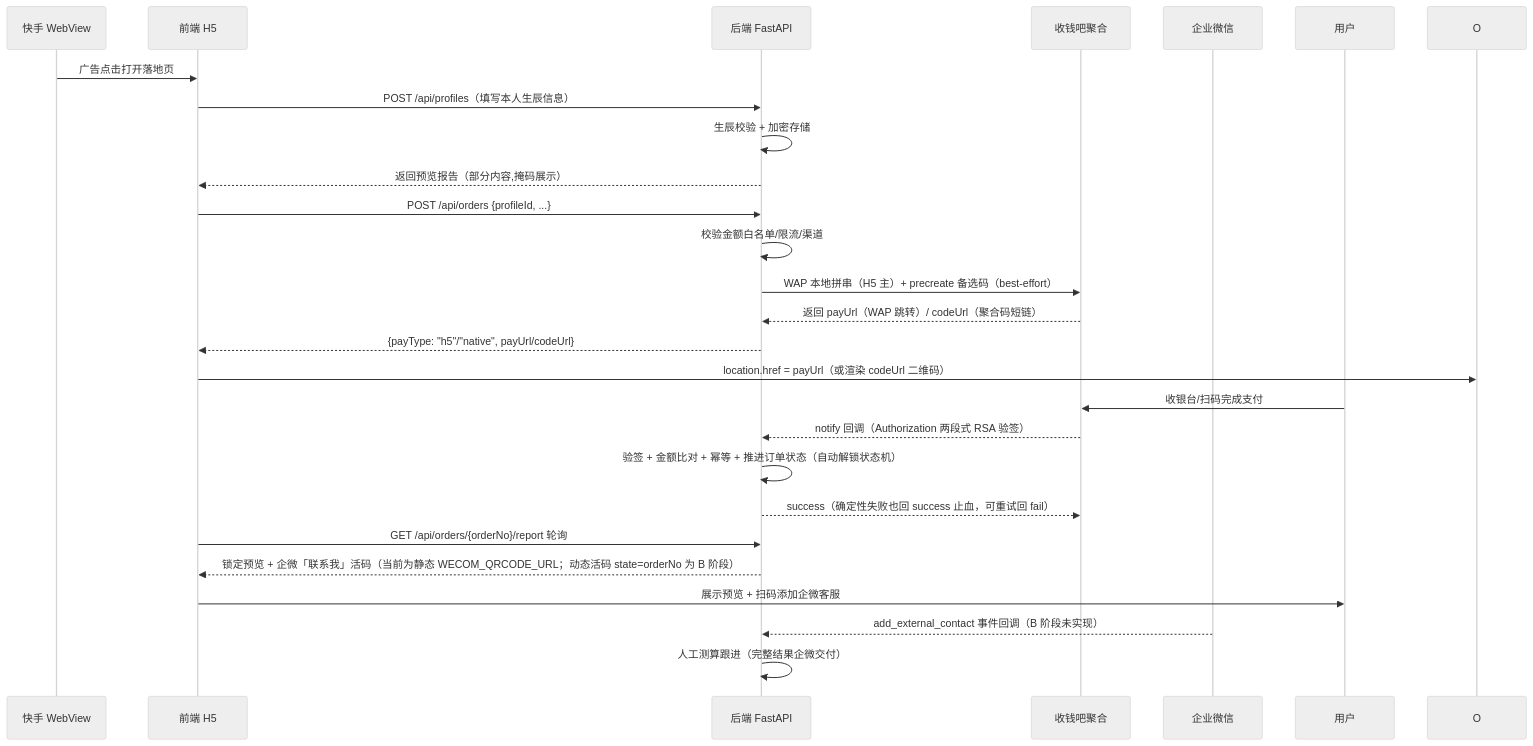
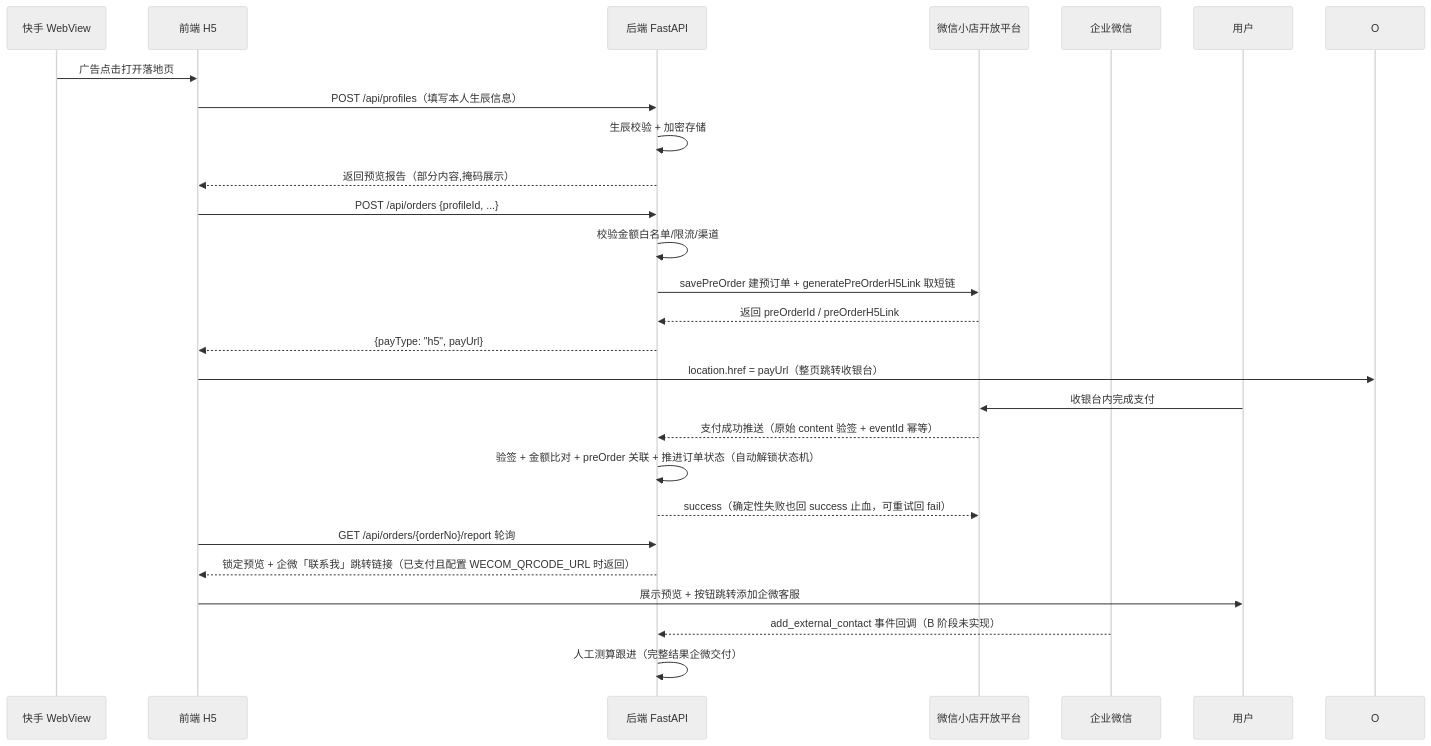
The third of 5 diagrams in doc/开发文档.md (LiquorXR/yycs), drawn with Mermaid (neutral theme) before and after one commit. The commit also changed other lines of this file and 22 other files, not shown here.

````diff
--- a/doc/开发文档.md
+++ b/doc/开发文档.md
@@ -83,29 +81,29 @@
 ```mermaid
 sequenceDiagram
     participant K as 快手 WebView
     participant F as 前端 H5
     participant B as 后端 FastAPI
-    participant W as 收钱吧聚合
+    participant W as 微信小店开放平台
     participant Q as 企业微信
     participant UX as 用户
 
     K->>F: 广告点击打开落地页
     F->>B: POST /api/profiles（填写本人生辰信息）
     B->>B: 生辰校验 + 加密存储
     B-->>F: 返回预览报告（部分内容,掩码展示）
     F->>B: POST /api/orders {profileId, ...}
     B->>B: 校验金额白名单/限流/渠道
-    B->>W: WAP 本地拼串（H5 主）+ precreate 备选码（best-effort）
-    W-->>B: 返回 payUrl（WAP 跳转）/ codeUrl（聚合码短链）
-    B-->>F: {payType: "h5"/"native", payUrl/codeUrl}
-    F->>O: location.href = payUrl（或渲染 codeUrl 二维码）
-    UX->>W: 收银台/扫码完成支付
-    W-->>B: notify 回调（Authorization 两段式 RSA 验签）
-    B->>B: 验签 + 金额比对 + 幂等 + 推进订单状态（自动解锁状态机）
+    B->>W: savePreOrder 建预订单 + generatePreOrderH5Link 取短链
+    W-->>B: 返回 preOrderId / preOrderH5Link
+    B-->>F: {payType: "h5", payUrl}
+    F->>O: location.href = payUrl（整页跳转收银台）
+    UX->>W: 收银台内完成支付
+    W-->>B: 支付成功推送（原始 content 验签 + eventId 幂等）
+    B->>B: 验签 + 金额比对 + preOrder 关联 + 推进订单状态（自动解锁状态机）
     B-->>W: success（确定性失败也回 success 止血，可重试回 fail）
     F->>B: GET /api/orders/{orderNo}/report 轮询
-    B-->>F: 锁定预览 + 企微「联系我」活码（当前为静态 WECOM_QRCODE_URL；动态活码 state=orderNo 为 B 阶段）
-    F->>UX: 展示预览 + 扫码添加企微客服
+    B-->>F: 锁定预览 + 企微「联系我」跳转链接（已支付且配置 WECOM_QRCODE_URL 时返回）
+    F->>UX: 展示预览 + 按钮跳转添加企微客服
     Q-->>B: add_external_contact 事件回调（B 阶段未实现）
     B->>B: 人工测算跟进（完整结果企微交付）
 ```
````
